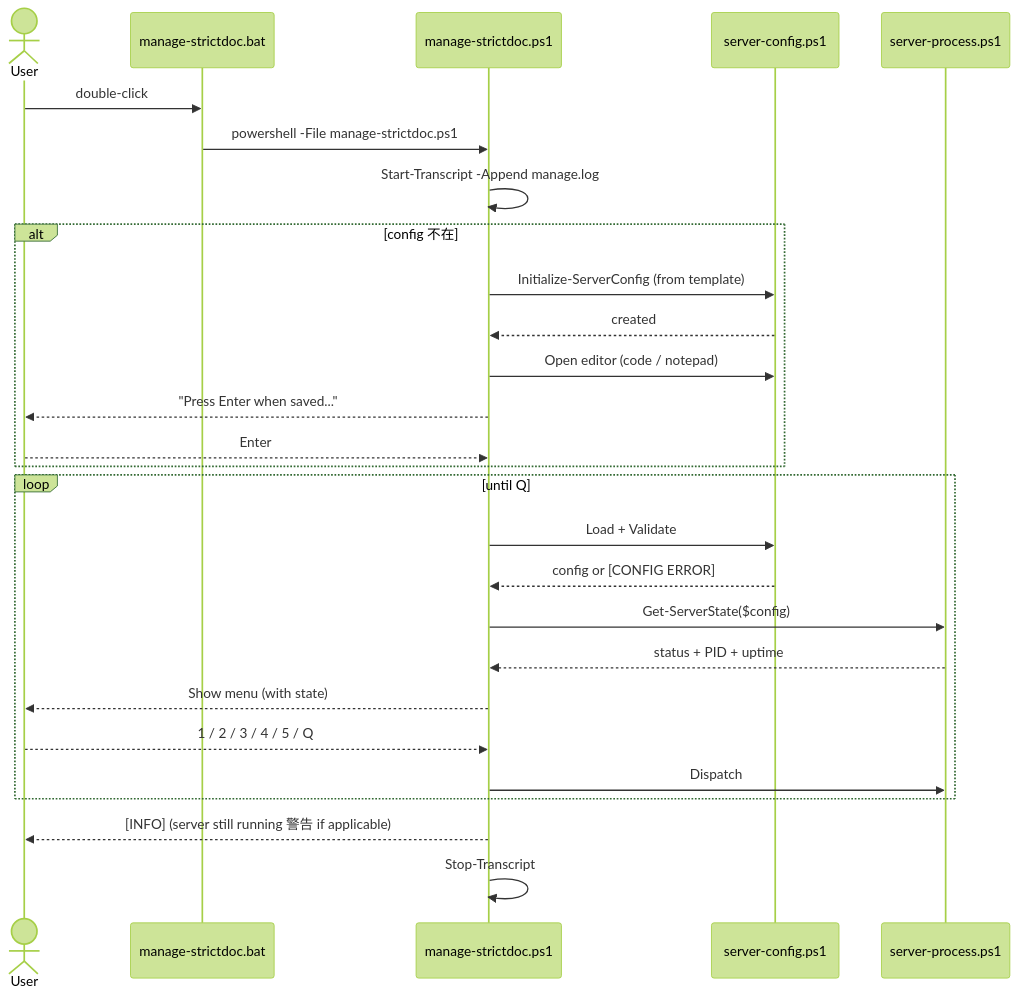
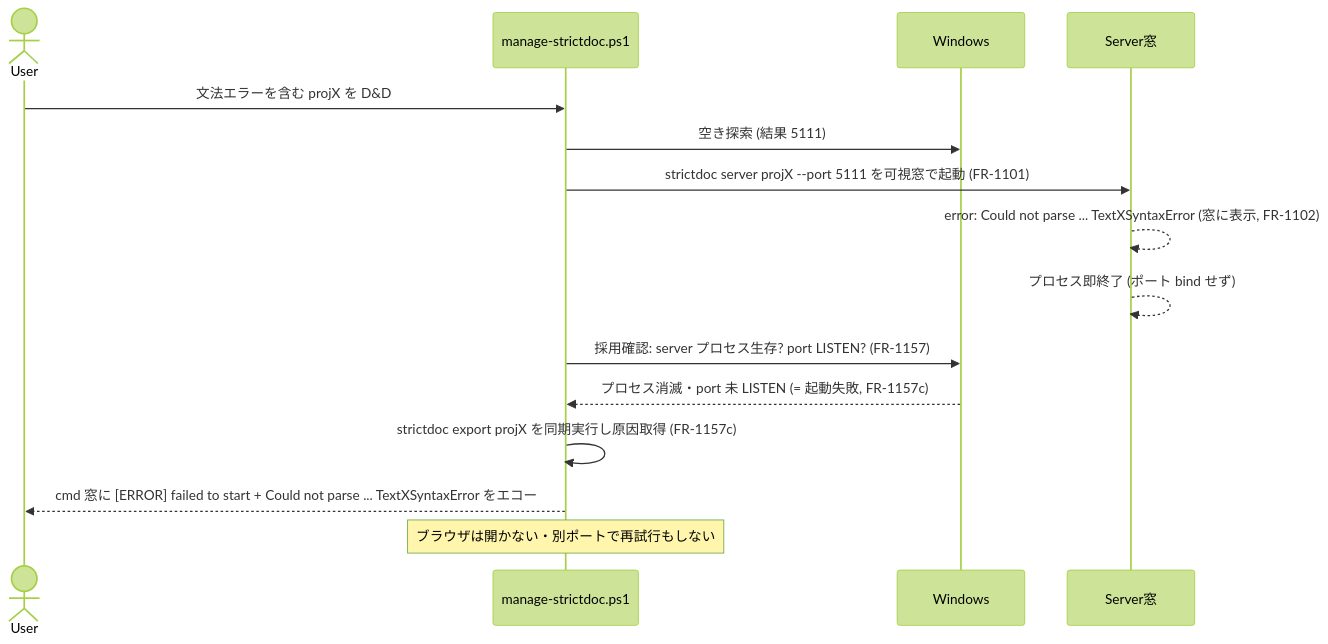
One commit to GoodRelax/StrictDocStarter changed the sixth of 6 diagrams in docs/serve-spec.md. Above: the diagram before and after it, drawn with Mermaid (forest theme). The commit also changed other lines of this file, not shown here.

````diff
--- a/docs/serve-spec.md
+++ b/docs/serve-spec.md
@@ -542,30 +1263,17 @@
 ```mermaid
 sequenceDiagram
     actor User
-    participant Bat as manage-strictdoc.bat
-    participant Main as manage-strictdoc.ps1
-    participant Cfg as server-config.ps1
-    participant Proc as server-process.ps1
-
-    User->>Bat: double-click
-    Bat->>Main: powershell -File manage-strictdoc.ps1
-    Main->>Main: Start-Transcript -Append manage.log
-    alt config 不在
-        Main->>Cfg: Initialize-ServerConfig (from template)
-        Cfg-->>Main: created
-        Main->>Cfg: Open editor (code / notepad)
-        Main-->>User: "Press Enter when saved..."
-        User-->>Main: Enter
-    end
-    loop until Q
-        Main->>Cfg: Load + Validate
-        Cfg-->>Main: config or [CONFIG ERROR]
-        Main->>Proc: Get-ServerState($config)
-        Proc-->>Main: status + PID + uptime
-        Main-->>User: Show menu (with state)
-        User-->>Main: 1 / 2 / 3 / 4 / 5 / Q
-        Main->>Proc: Dispatch
-    end
-    Main-->>User: [INFO] (server still running 警告 if applicable)
-    Main->>Main: Stop-Transcript
+    participant M as manage-strictdoc.ps1
+    participant OS as Windows
+    participant SV as Server窓
+    User->>M: 文法エラーを含む projX を D&D
+    M->>OS: 空き探索 (結果 5111)
+    M->>SV: strictdoc server projX --port 5111 を可視窓で起動 (FR-1101)
+    SV-->>SV: error: Could not parse ... TextXSyntaxError (窓に表示, FR-1102)
+    SV-->>SV: プロセス即終了 (ポート bind せず)
+    M->>OS: 採用確認: server プロセス生存? port LISTEN? (FR-1157)
+    OS-->>M: プロセス消滅・port 未 LISTEN (= 起動失敗, FR-1157c)
+    M->>M: strictdoc export projX を同期実行し原因取得 (FR-1157c)
+    M-->>User: cmd 窓に [ERROR] failed to start + Could not parse ... TextXSyntaxError をエコー
+    Note over M: ブラウザは開かない・別ポートで再試行もしない
 ```
````
